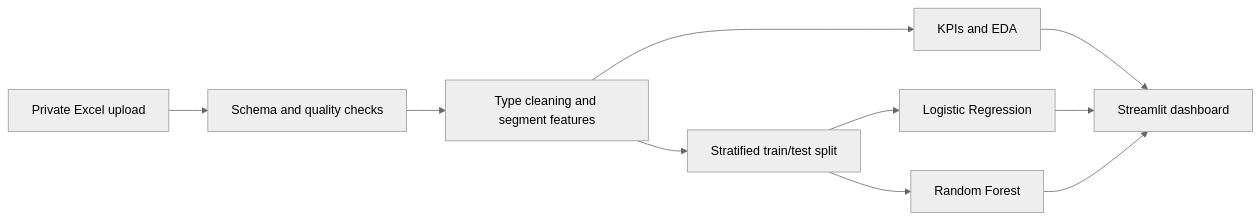
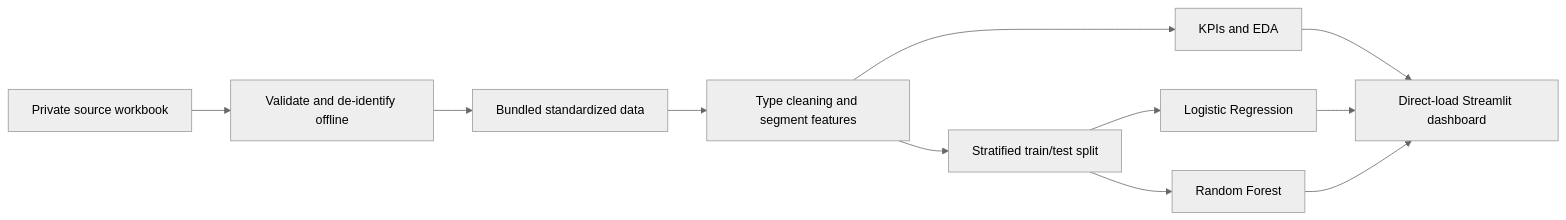
One commit to kamble-rahul/public-git-european-bank-churn-analytics changed the diagram in README.md. Above: the diagram before and after it, drawn with Mermaid (neutral theme). The commit also changed other lines of this file and 16 other files, not shown here.

Commit message:
Load standardized dashboard data automatically

````diff
--- a/README.md
+++ b/README.md
@@ -132,12 +143,13 @@
 ```mermaid
 flowchart LR
-    A[Private Excel upload] --> B[Schema and quality checks]
-    B --> C[Type cleaning and segment features]
-    C --> D[KPIs and EDA]
-    C --> E[Stratified train/test split]
-    E --> F[Logistic Regression]
-    E --> G[Random Forest]
-    D --> H[Streamlit dashboard]
-    F --> H
-    G --> H
+    A[Private source workbook] --> B[Validate and de-identify offline]
+    B --> C[Bundled standardized data]
+    C --> D[Type cleaning and segment features]
+    D --> E[KPIs and EDA]
+    D --> F[Stratified train/test split]
+    F --> G[Logistic Regression]
+    F --> H[Random Forest]
+    E --> I[Direct-load Streamlit dashboard]
+    G --> I
+    H --> I
 ```
````
